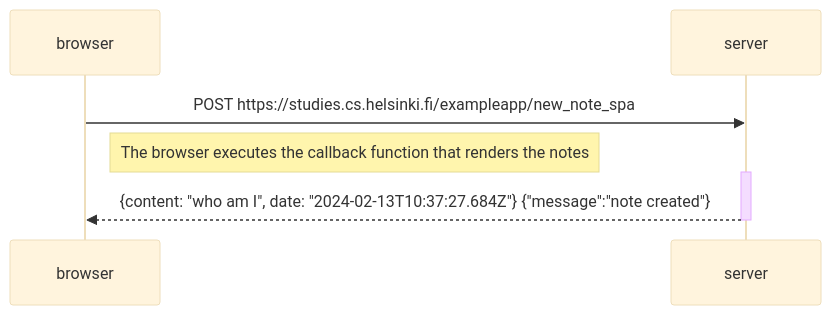
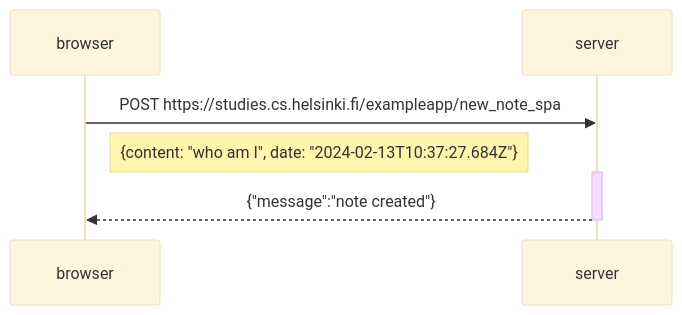
One commit to OoopZ23/fullstackopen changed the diagram in part0/exercise06.md. Above: the diagram before and after it, drawn with Mermaid (base theme).

````diff
--- a/part0/exercise06.md
+++ b/part0/exercise06.md
@@ -1,11 +1,11 @@
 ```mermaid
 sequenceDiagram
     participant browser
     participant server
 
     browser->>server: POST https://studies.cs.helsinki.fi/exampleapp/new_note_spa
-Note right of browser: The browser executes the callback function that renders the notes
+Note right of browser: {content: "who am I", date: "2024-02-13T10:37:27.684Z"}
     activate server
-    server-->>browser: {content: "who am I", date: "2024-02-13T10:37:27.684Z"} {"message":"note created"}
+    server-->>browser: {"message":"note created"}
     deactivate server
 ```
````
